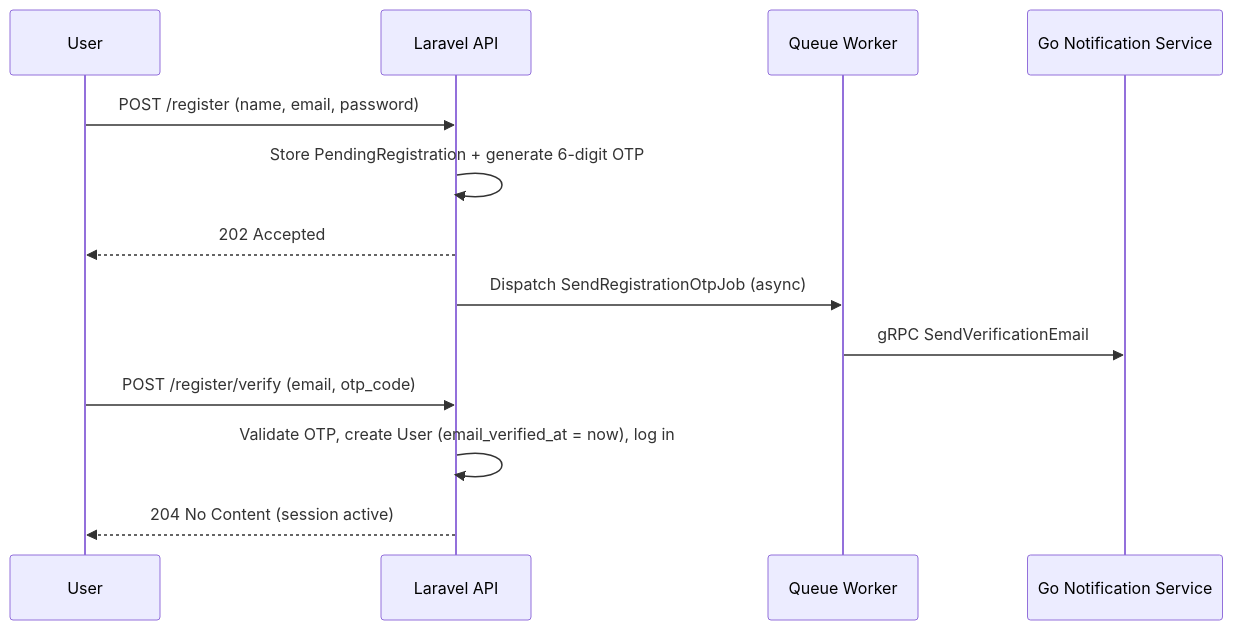
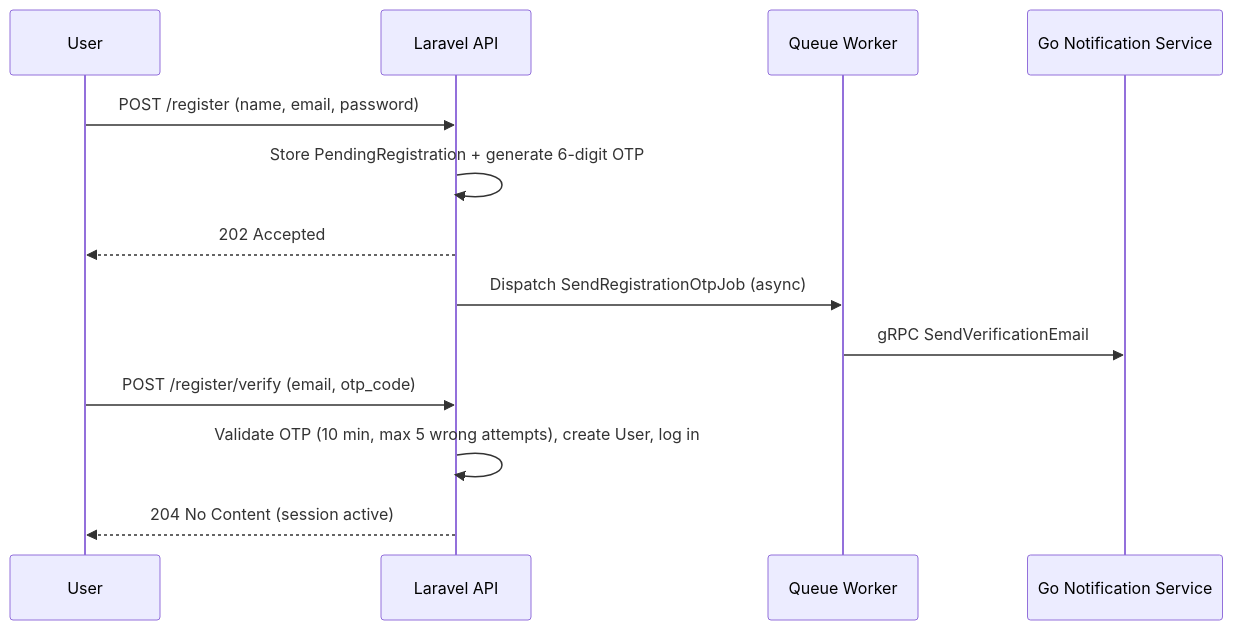
Before and after one commit to rinooktavianridwan/TaskFlow: the sixth of 6 diagrams in README.md, drawn with Mermaid. The commit also changed other lines of this file and 5 other files, not shown here.

````diff
--- a/README.md
+++ b/README.md
@@ -47,16 +237,16 @@
 ```mermaid
 sequenceDiagram
     participant U as User
     participant L as Laravel API
     participant Q as Queue Worker
     participant G as Go Notification Service
 
     U->>L: POST /register (name, email, password)
     L->>L: Store PendingRegistration + generate 6-digit OTP
     L-->>U: 202 Accepted
     L->>Q: Dispatch SendRegistrationOtpJob (async)
     Q->>G: gRPC SendVerificationEmail
     U->>L: POST /register/verify (email, otp_code)
-    L->>L: Validate OTP, create User (email_verified_at = now), log in
+    L->>L: Validate OTP (10 min, max 5 wrong attempts), create User, log in
     L-->>U: 204 No Content (session active)
 ```
````
